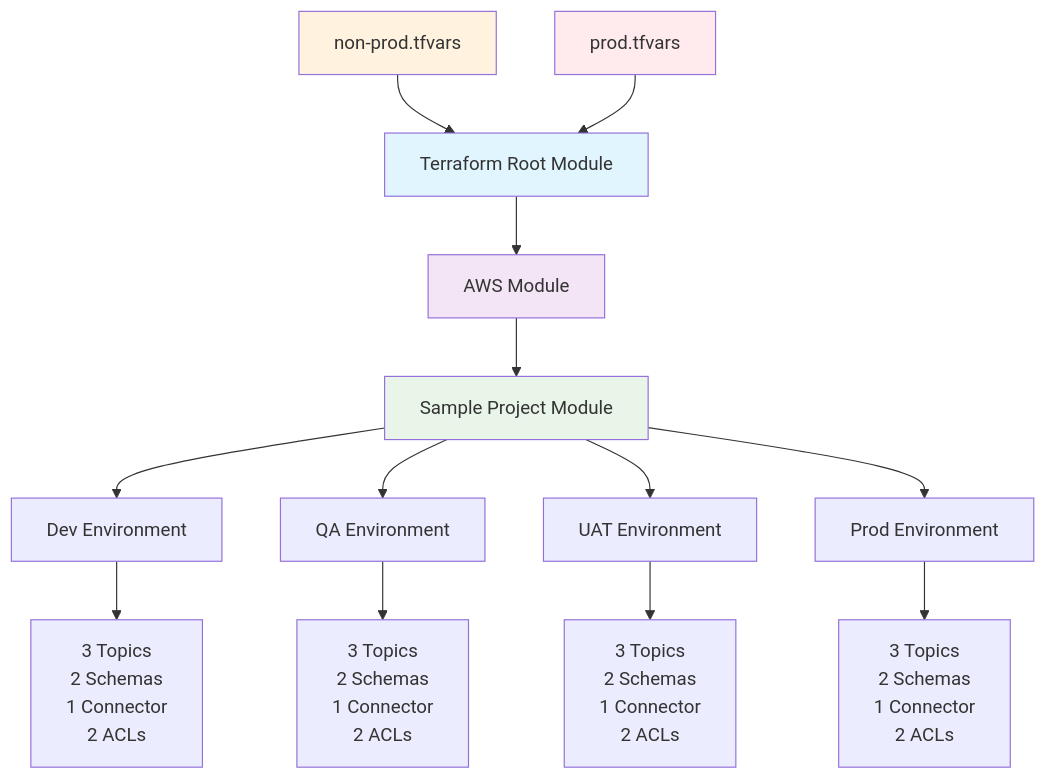
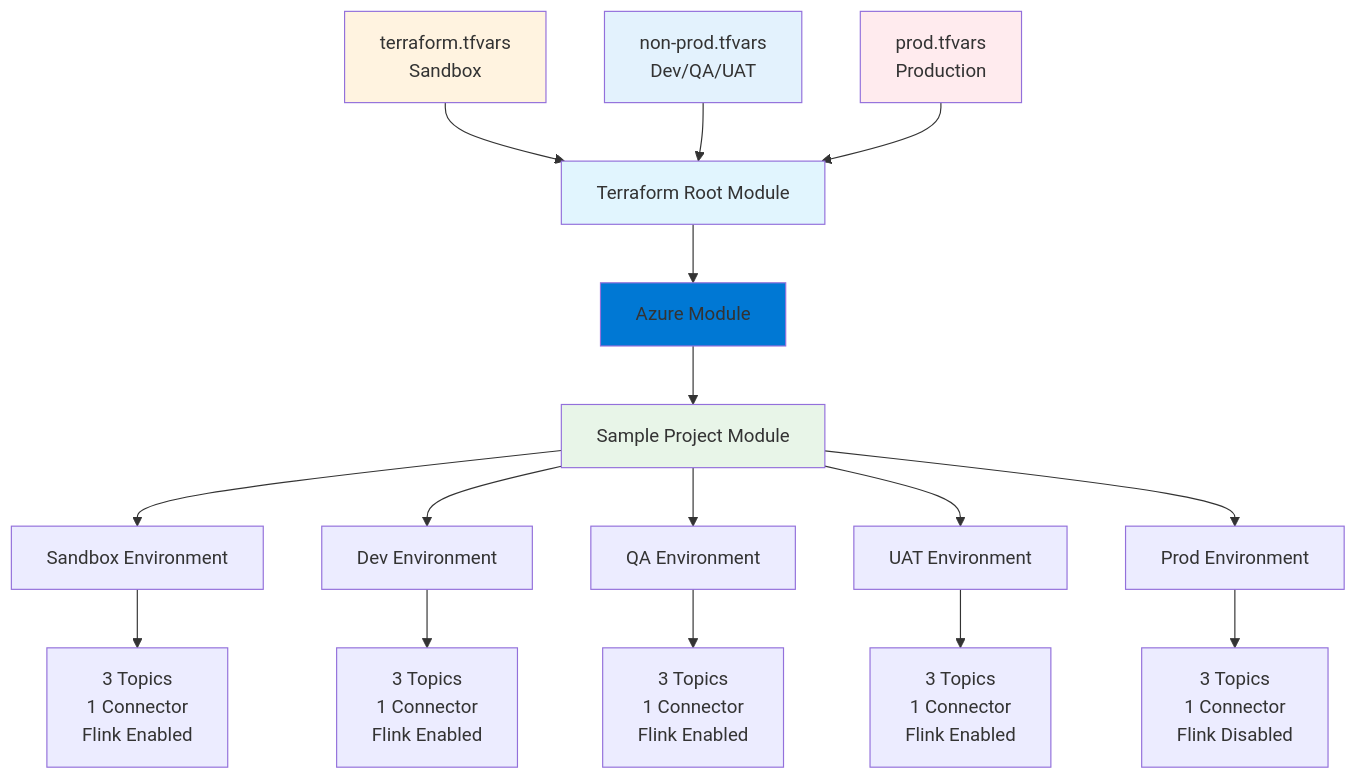
One commit to aakashchhabra1989/confluent-resource-manager-azure changed the second of 10 diagrams in architecture/ARCHITECTURE_DIAGRAMS.md. Above: the diagram before and after it, drawn with Mermaid. The commit also changed other lines of this file and 4 other files, not shown here.

Commit message:
docs and architecture updated

````diff
--- a/architecture/ARCHITECTURE_DIAGRAMS.md
+++ b/architecture/ARCHITECTURE_DIAGRAMS.md
@@ -7,24 +59,28 @@
 ```mermaid
 flowchart TD
-    A[Terraform Root Module] --> B[AWS Module]
+    A[Terraform Root Module] --> B[Azure Module]
     B --> C[Sample Project Module]
     
-    D[non-prod.tfvars] --> A
-    E[prod.tfvars] --> A
+    D[terraform.tfvars<br/>Sandbox] --> A
+    E[non-prod.tfvars<br/>Dev/QA/UAT] --> A
+    F[prod.tfvars<br/>Production] --> A
     
-    C --> F[Dev Environment]
-    C --> G[QA Environment] 
-    C --> H[UAT Environment]
-    C --> I[Prod Environment]
+    C --> G[Sandbox Environment]
+    C --> H[Dev Environment]
+    C --> I[QA Environment] 
+    C --> J[UAT Environment]
+    C --> K[Prod Environment]
     
-    F --> J[3 Topics<br/>2 Schemas<br/>1 Connector<br/>2 ACLs]
-    G --> K[3 Topics<br/>2 Schemas<br/>1 Connector<br/>2 ACLs]
-    H --> L[3 Topics<br/>2 Schemas<br/>1 Connector<br/>2 ACLs]
-    I --> M[3 Topics<br/>2 Schemas<br/>1 Connector<br/>2 ACLs]
+    G --> L[3 Topics<br/>1 Connector<br/>Flink Enabled]
+    H --> M[3 Topics<br/>1 Connector<br/>Flink Enabled]
+    I --> N[3 Topics<br/>1 Connector<br/>Flink Enabled]
+    J --> O[3 Topics<br/>1 Connector<br/>Flink Enabled]
+    K --> P[3 Topics<br/>1 Connector<br/>Flink Disabled]
     
     style A fill:#e1f5fe
-    style B fill:#f3e5f5
+    style B fill:#0078d4
     style C fill:#e8f5e8
     style D fill:#fff3e0
-    style E fill:#ffebee
+    style E fill:#e3f2fd
+    style F fill:#ffebee
 ```
````
